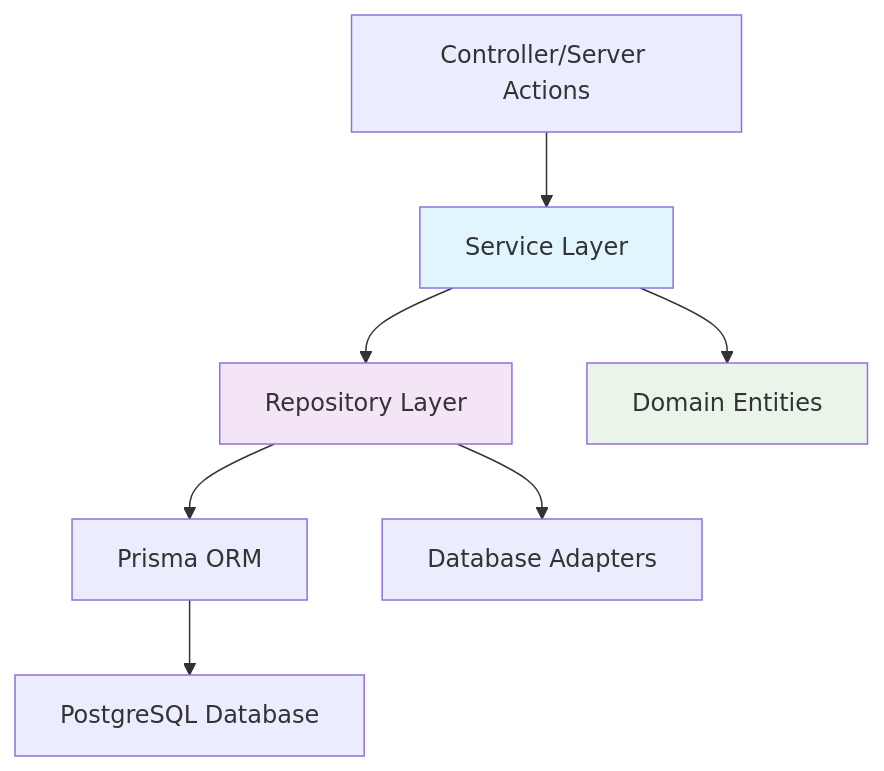
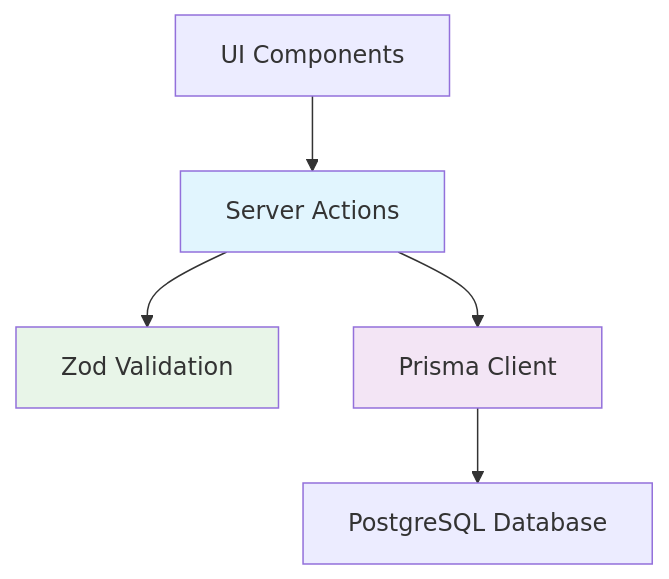
The diagram in .taskmaster/docs/05_バックエンド構造.md (sudat/biz-clone), drawn with Mermaid before and after one commit. The commit also changed other lines of this file and 19 other files, not shown here.

````diff
--- a/.taskmaster/docs/05_バックエンド構造.md
+++ b/.taskmaster/docs/05_バックエンド構造.md
@@ -12,14 +12,11 @@
 ```mermaid
 graph TD
-    CTRL[Controller/Server Actions] --> SRV[Service Layer]
-    SRV --> REPO[Repository Layer]
-    REPO --> ORM[Prisma ORM]
-    ORM --> DB[PostgreSQL Database]
+    UI[UI Components] --> ACTIONS[Server Actions]
+    ACTIONS --> SCHEMAS[Zod Validation]
+    ACTIONS --> PRISMA[Prisma Client]
+    PRISMA --> DB[PostgreSQL Database]
 
-    SRV --> ENTITY[Domain Entities]
-    REPO --> ADAPTER[Database Adapters]
-
-    style SRV fill:#e1f5fe
-    style REPO fill:#f3e5f5
-    style ENTITY fill:#e8f5e8
+    style ACTIONS fill:#e1f5fe
+    style PRISMA fill:#f3e5f5
+    style SCHEMAS fill:#e8f5e8
 ```
````
